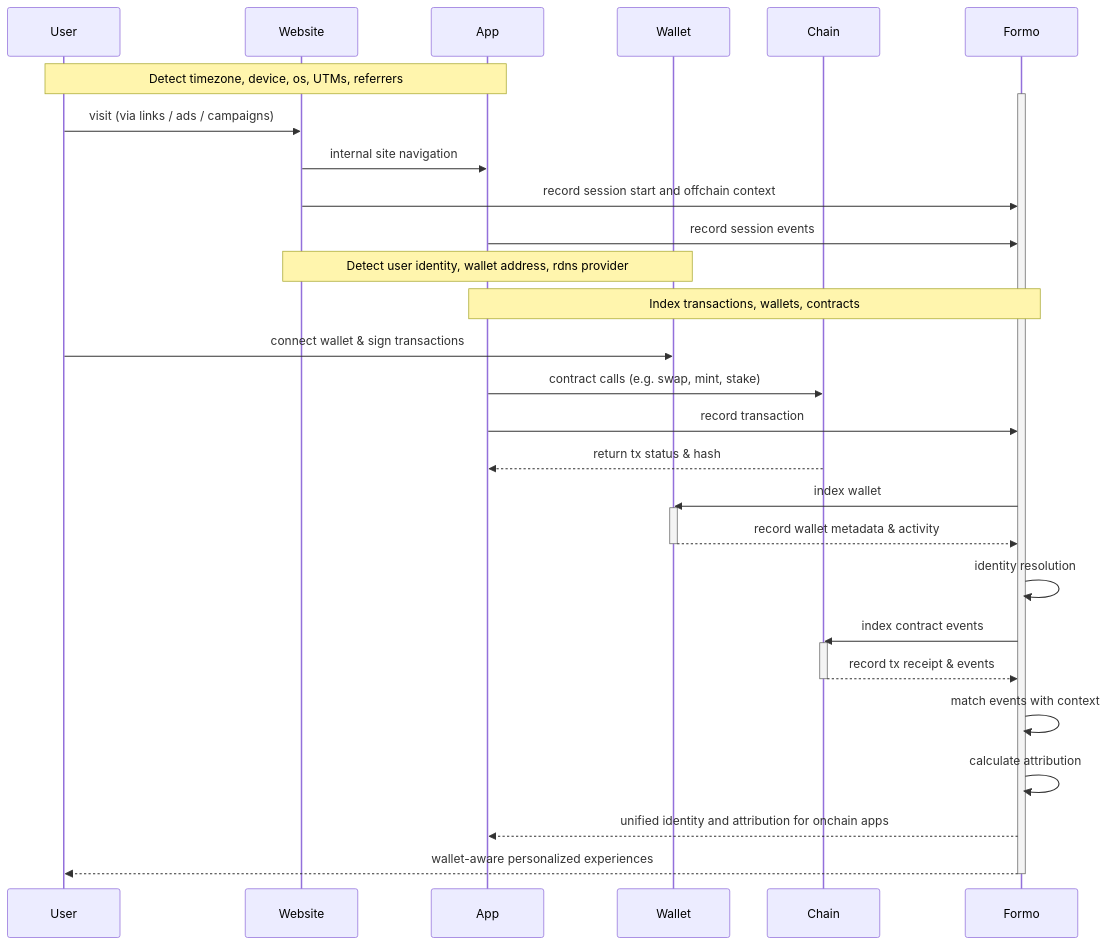
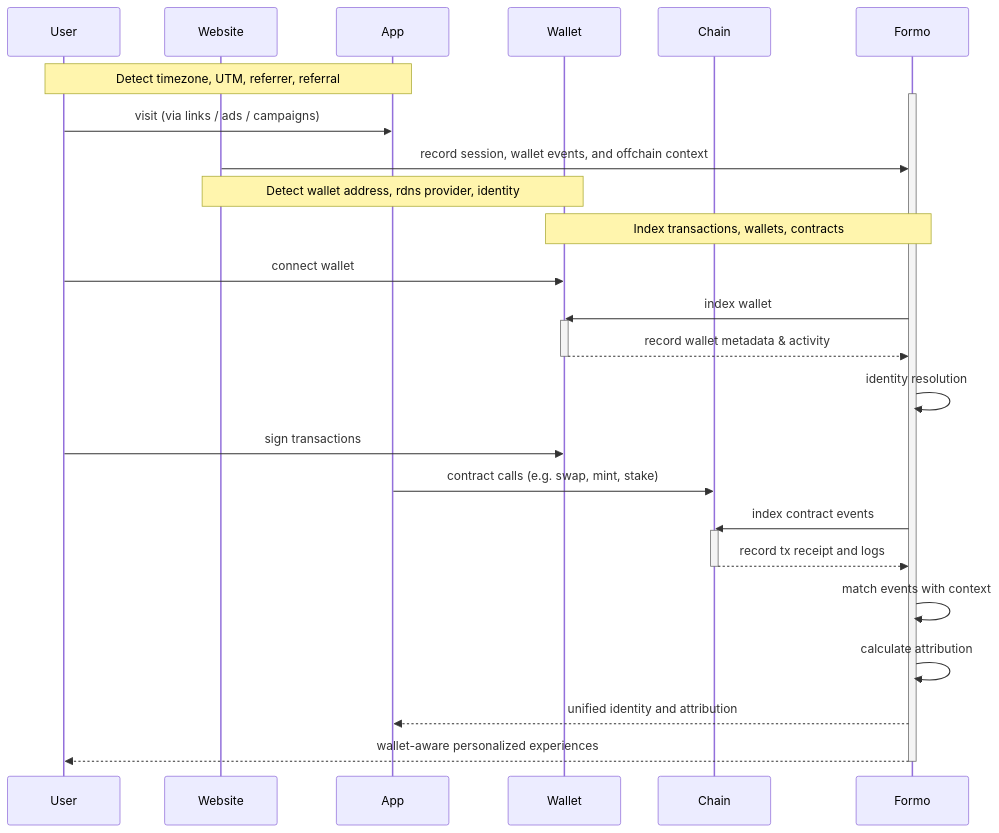
Before and after one commit to getformo/docs.formo.so: the diagram in data/attribution.mdx, drawn with Mermaid. The commit also changed 1 other file, not shown here.

Commit message:
Refine attribution diagram

````diff
--- a/data/attribution.mdx
+++ b/data/attribution.mdx
@@ -51,47 +51,44 @@
 ```mermaid
 sequenceDiagram
     participant User
     participant Website
     participant App
     participant Wallet
     participant Chain
     participant Formo
 
-    note over User,App: Detect timezone, device, os, UTMs, referrers
+    note over User,App: Detect timezone, UTM, referrer, referral
         activate Formo    
 
 
     %% Session start
-    User->>Website: visit (via links / ads / campaigns)
-Website->>App: internal site navigation
-    Website->>Formo: record session start and offchain context
-        App->>Formo: record session events
+    User->>App: visit (via links / ads / campaigns)
+    Website->>Formo: record session, wallet events, and offchain context
 
-note over Website,Wallet: Detect user identity, wallet address, rdns provider
-note over App,Formo: Index transactions, wallets, contracts
+note over Website,Wallet: Detect wallet address, rdns provider, identity
+note over Wallet,Formo: Index transactions, wallets, contracts
 
-    User->>Wallet: connect wallet & sign transactions
-
-    App->>Chain: contract calls (e.g. swap, mint, stake)
-
-    App->>Formo: record transaction
-    Chain-->>App: return tx status & hash    
+    User->>Wallet: connect wallet 
 
     Formo->>Wallet: index wallet
     activate Wallet
     Wallet-->>Formo: record wallet metadata & activity
     deactivate Wallet
     Formo->>Formo: identity resolution
 
+    User->>Wallet: sign transactions
+
+    App->>Chain: contract calls (e.g. swap, mint, stake)
+
     Formo->>Chain: index contract events
     activate Chain
-    Chain-->>Formo: record tx receipt & events
+    Chain-->>Formo: record tx receipt and logs
     deactivate Chain
 
     Formo->>Formo: match events with context
     Formo->>Formo: calculate attribution
 
-    Formo-->>App: unified identity and attribution for onchain apps
+    Formo-->>App: unified identity and attribution
     Formo-->>User: wallet-aware personalized experiences
     deactivate Formo
 ```
````
